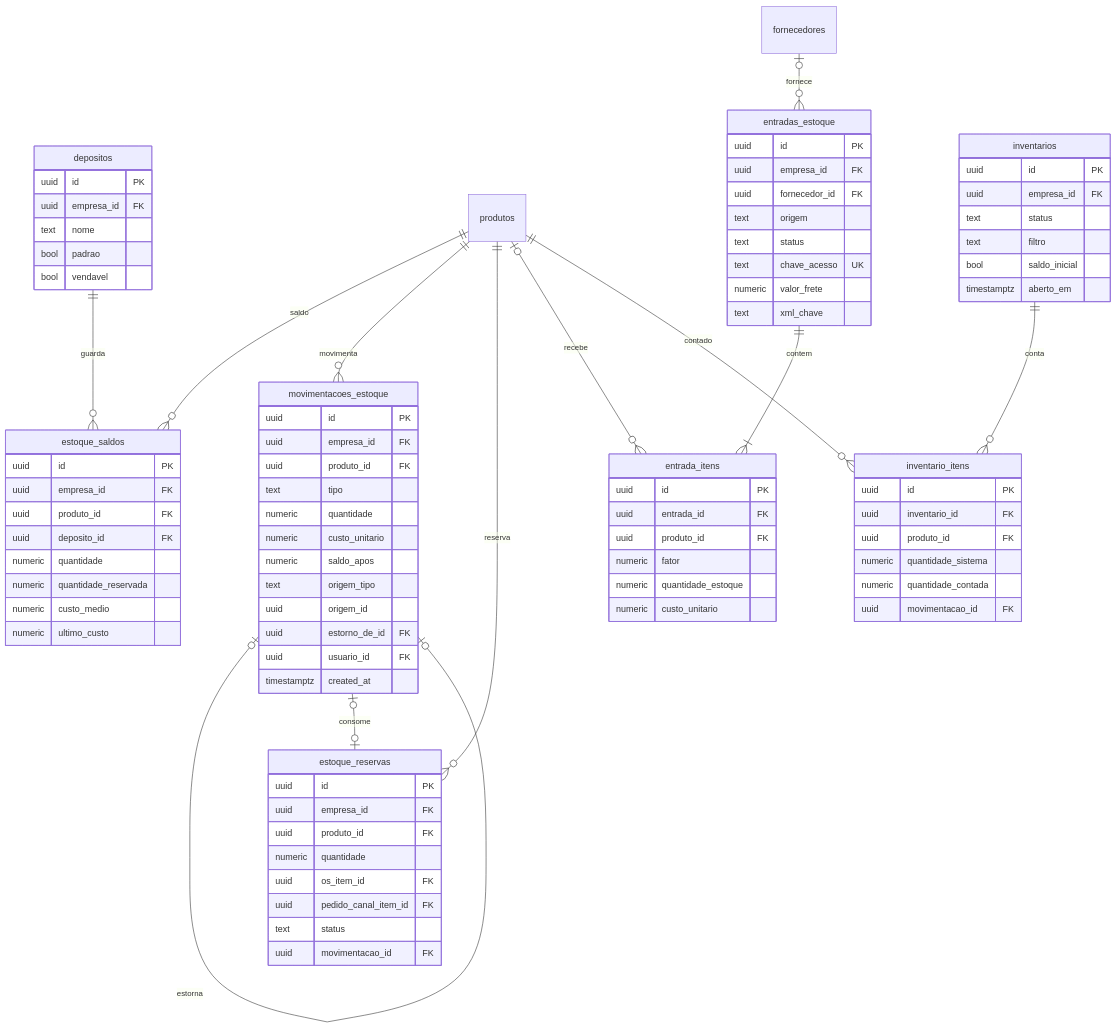
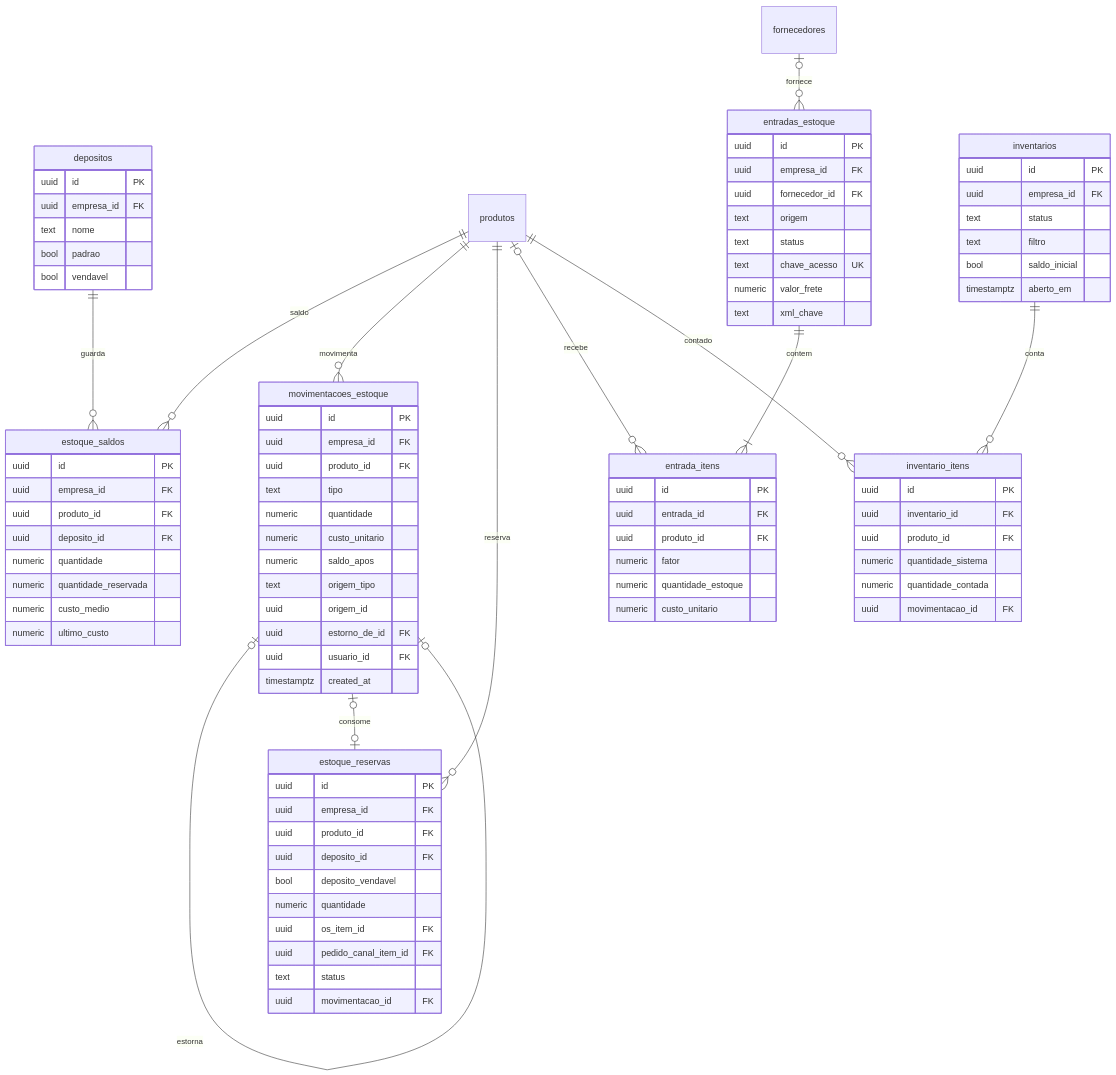
The fifth of 10 diagrams in docs/modelo-dados.md (pcfmello/summer-motos), drawn with Mermaid before and after one commit. The commit also changed other lines of this file and 77 other files, not shown here.

First line of the commit message:
feat(banco): recurso de migrações e schema completo das 59 tabelas

```diff
--- a/docs/modelo-dados.md
+++ b/docs/modelo-dados.md
@@ -1964,6 +2001,8 @@
     uuid id PK
     uuid empresa_id FK
     uuid produto_id FK
+    uuid deposito_id FK
+    bool deposito_vendavel
     numeric quantidade
     uuid os_item_id FK
     uuid pedido_canal_item_id FK
```
